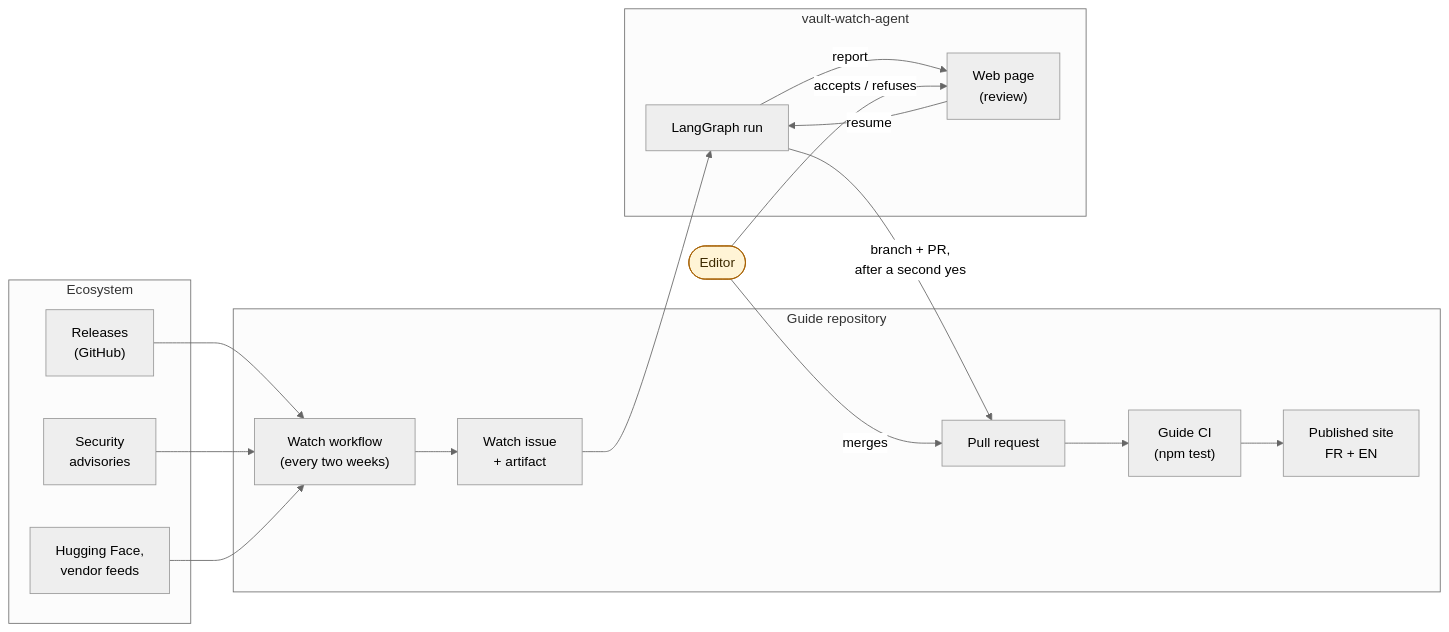
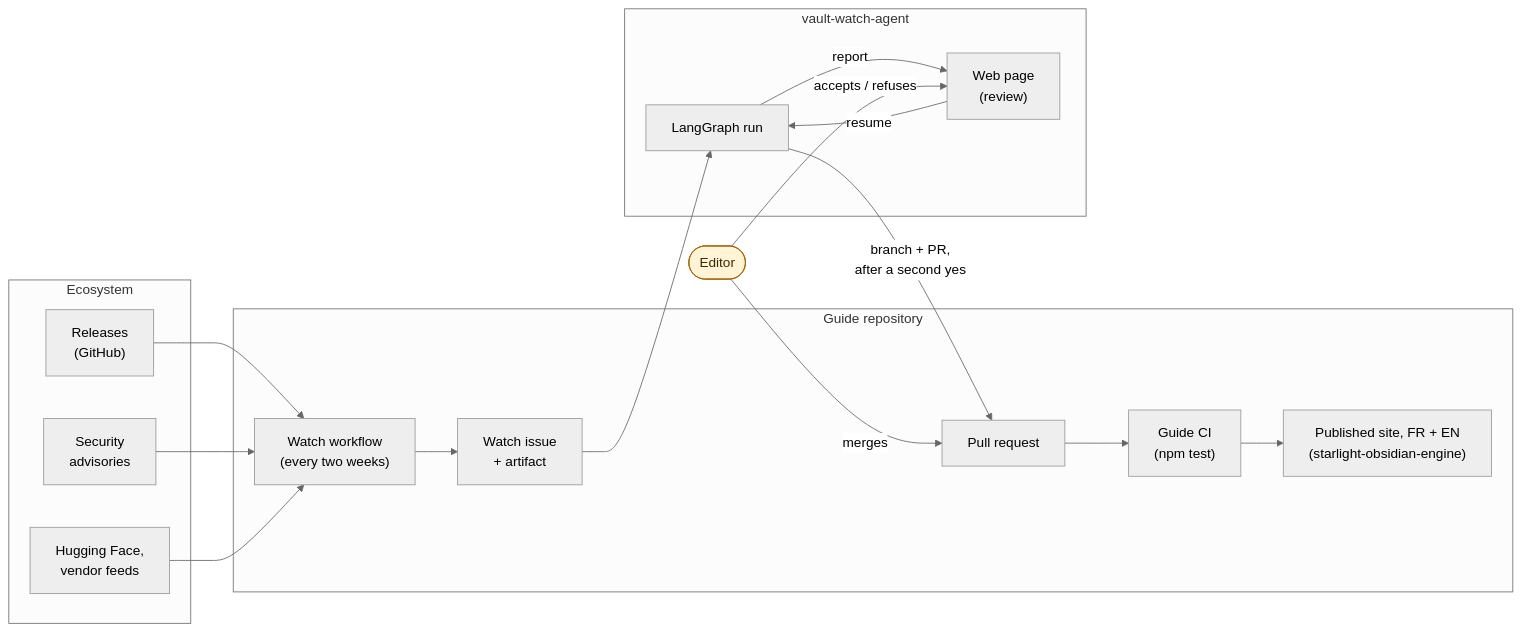
The first of 5 diagrams in docs/presentation.md (DamienBecherini/vault-watch-agent), drawn with Mermaid (neutral theme) before and after one commit. The commit also changed 4 other files, not shown here.

Commit message:
README: how the reference guide is made (an Obsidian vault, published by starlight-obsidian-engine through the guide's CI); the agent stops at the pull request

````diff
--- a/docs/presentation.md
+++ b/docs/presentation.md
@@ -27,31 +27,31 @@
 ```mermaid
 flowchart LR
   subgraph eco["Ecosystem"]
     rel["Releases<br/>(GitHub)"]
     adv["Security<br/>advisories"]
     hf["Hugging Face,<br/>vendor feeds"]
   end
   subgraph guide["Guide repository"]
     wf["Watch workflow<br/>(every two weeks)"]
     issue["Watch issue<br/>+ artifact"]
     pr["Pull request"]
     ci["Guide CI<br/>(npm test)"]
-    site["Published site<br/>FR + EN"]
+    site["Published site, FR + EN<br/>(starlight-obsidian-engine)"]
   end
   subgraph agent["vault-watch-agent"]
     run["LangGraph run"]
     ui["Web page<br/>(review)"]
   end
   human(["Editor"])
   rel --> wf
   adv --> wf
   hf --> wf
   wf --> issue --> run
   run -->|"report"| ui
   human -->|"accepts / refuses"| ui
   ui -->|"resume"| run
   run -->|"branch + PR,<br/>after a second yes"| pr --> ci --> site
   human -->|"merges"| pr
   classDef person fill:#fff4d6,stroke:#a65f00,color:#3d2a00
   class human person
 ```
````
